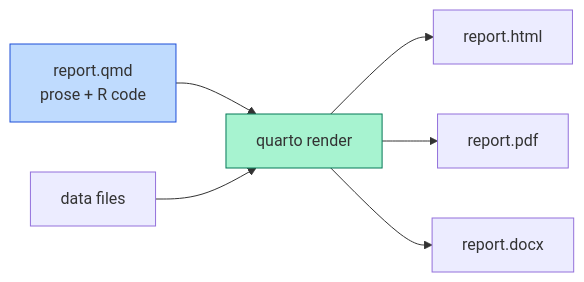
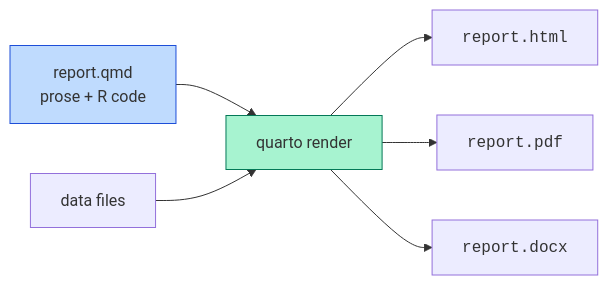
Before and after one commit to dataslope/dataslope: the second of 3 diagrams in content/learn/practical-r-for-beginners/reproducible-analysis.mdx, drawn with Mermaid. The commit also changed 153 other files, not shown here.

First line of the commit message:
Render code-only mermaid shapes in monospace; convert step sequences to Steps

````diff
--- a/content/learn/practical-r-for-beginners/reproducible-analysis.mdx
+++ b/content/learn/practical-r-for-beginners/reproducible-analysis.mdx
@@ -164,10 +164,10 @@
 ```mermaid
 flowchart LR
   Doc[report.qmd<br/>prose + R code] --> Render[quarto render]
   Data[data files] --> Render
-  Render --> HTML[report.html]
-  Render --> PDF[report.pdf]
-  Render --> Word[report.docx]
+  Render --> HTML["<code>report.html</code>"]
+  Render --> PDF["<code>report.pdf</code>"]
+  Render --> Word["<code>report.docx</code>"]
   style Doc fill:#bfdbfe,stroke:#1d4ed8
   style Render fill:#a7f3d0,stroke:#047857
 ```
````
